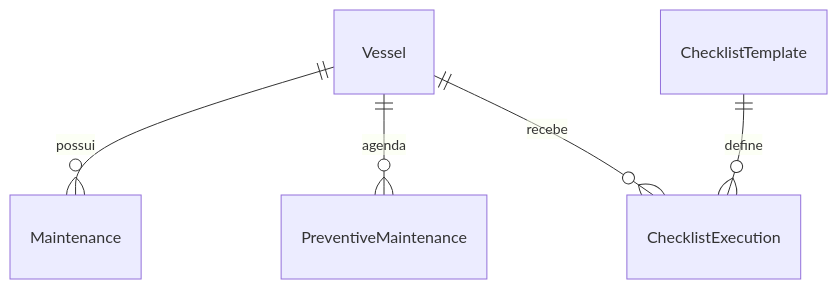
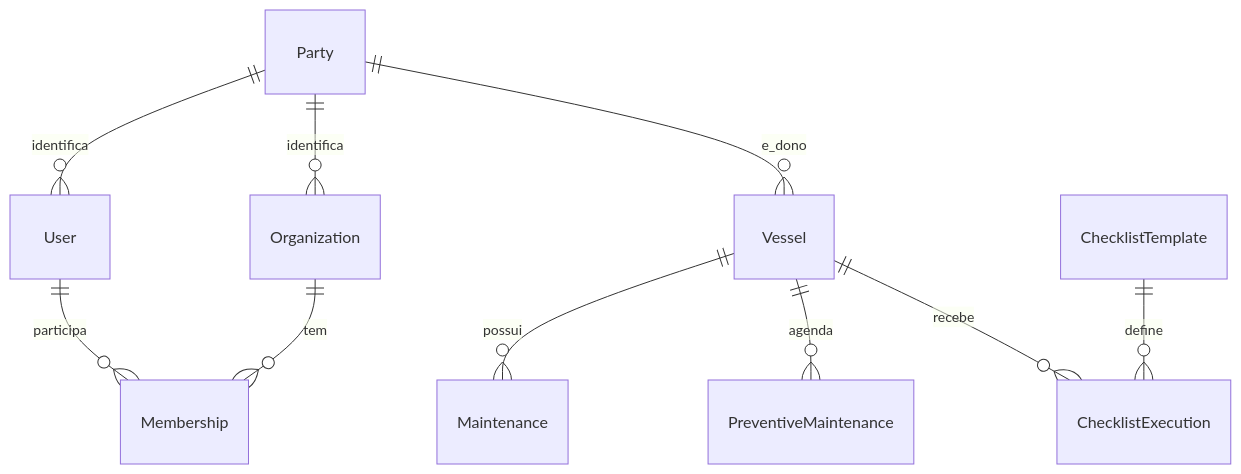
The diagram in docs/architecture/database.md (luis-botelho/safeanchor-monorepo), drawn with Mermaid before and after one commit. The commit also changed other lines of this file and 16 other files, not shown here.

````diff
--- a/docs/architecture/database.md
+++ b/docs/architecture/database.md
@@ -21,7 +25,12 @@
 ```mermaid
 erDiagram
+  Party ||--o{ User : identifica
+  Party ||--o{ Organization : identifica
+  Party ||--o{ Vessel : e_dono
+  User ||--o{ Membership : participa
+  Organization ||--o{ Membership : tem
   Vessel ||--o{ Maintenance : possui
   Vessel ||--o{ PreventiveMaintenance : agenda
   Vessel ||--o{ ChecklistExecution : recebe
   ChecklistTemplate ||--o{ ChecklistExecution : define
 ```
````
